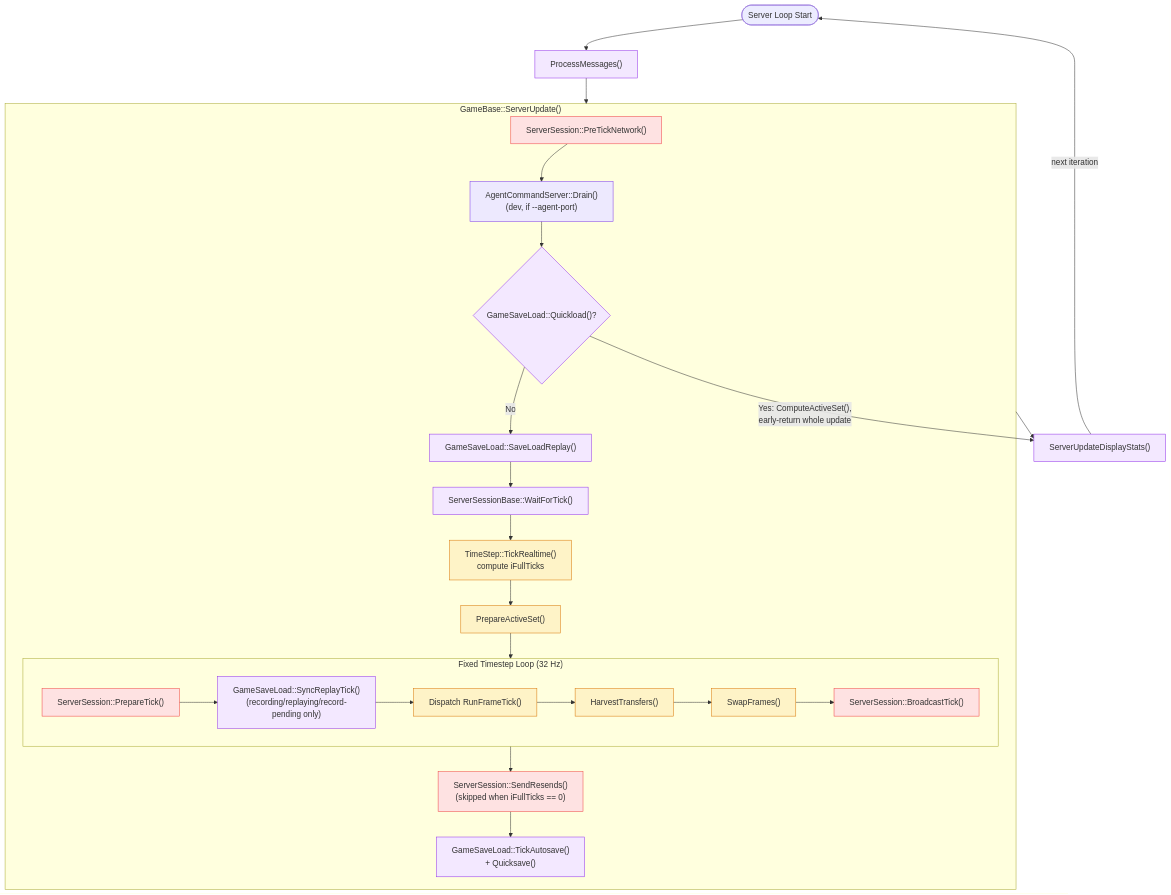
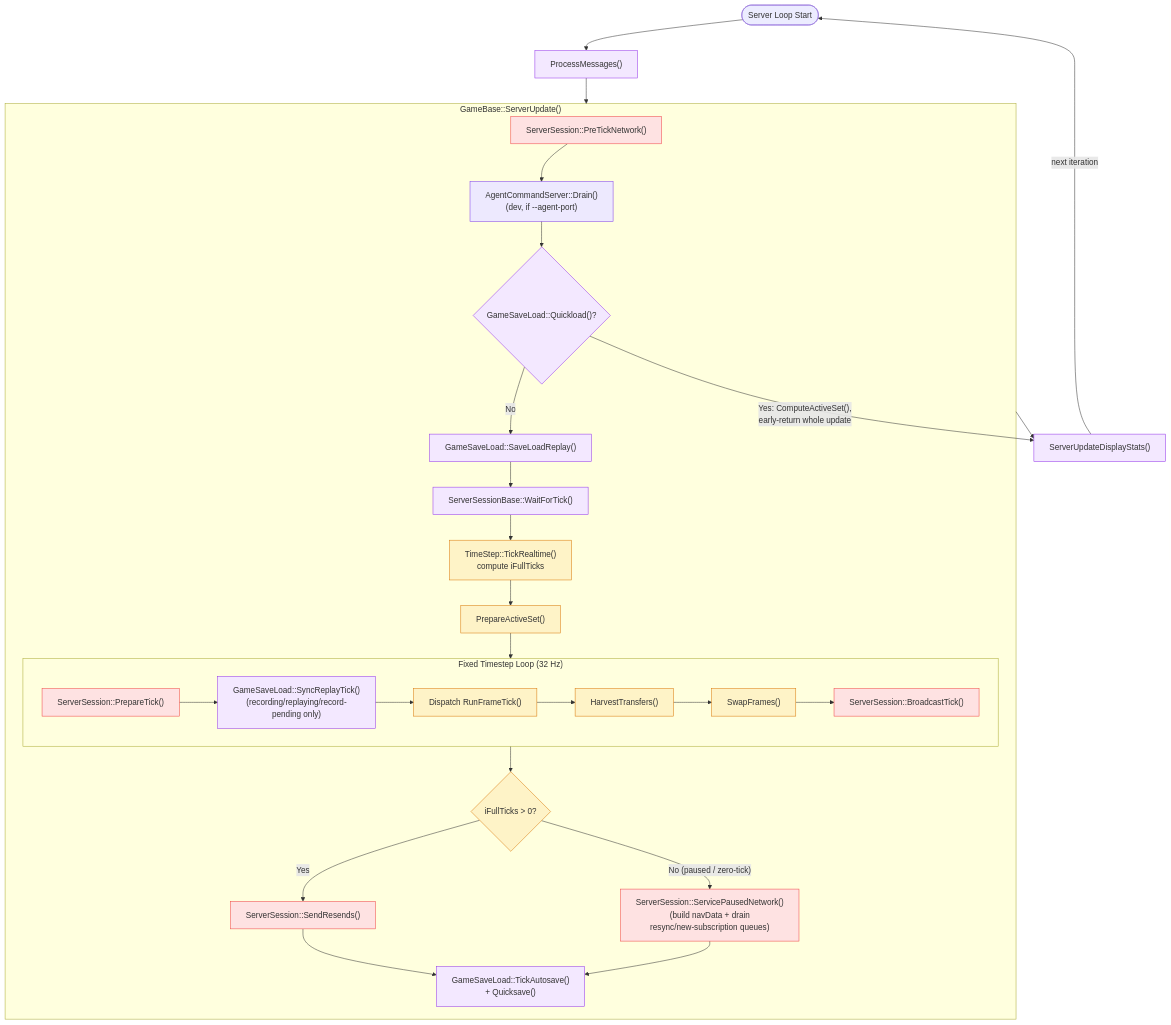
The third of 5 diagrams in Documents/Architecture/FrameUpdatePipeline.md (DougTanner/BrokenEnginePublic), drawn with Mermaid before and after one commit. The commit also changed 66 other files, not shown here.

````diff
--- a/Documents/Architecture/FrameUpdatePipeline.md
+++ b/Documents/Architecture/FrameUpdatePipeline.md
@@ -105,49 +105,53 @@
 ```mermaid
 %%{init: {'theme': 'default'}}%%
 flowchart TD
     classDef physics fill:#fef3c7,stroke:#d97706
     classDef network fill:#fee2e2,stroke:#ef4444
     classDef server fill:#f3e8ff,stroke:#9333ea
     classDef agent fill:#ede9fe,stroke:#7c3aed
 
     start(["Server Loop Start"])
 
     msgs["ProcessMessages()"]:::server
 
     subgraph tick_frames ["GameBase::ServerUpdate()"]
         pre_tick["ServerSession::PreTickNetwork()"]:::network
         agent_drain["AgentCommandServer::Drain()<br/>(dev, if --agent-port)"]:::agent
 
         quickload{"GameSaveLoad::Quickload()?"}:::server
         save_load_replay["GameSaveLoad::SaveLoadReplay()"]:::server
 
         wait_tick["ServerSessionBase::WaitForTick()"]:::server
 
         ts["TimeStep::TickRealtime()<br/>compute iFullTicks"]:::physics
         prepare_active["PrepareActiveSet()"]:::physics
 
         subgraph physics_loop ["Fixed Timestep Loop (32 Hz)"]
             prepare_tick["ServerSession::PrepareTick()"]:::network
             sync_replay["GameSaveLoad::SyncReplayTick()<br/>(recording/replaying/record-pending only)"]:::server
             dispatch_s["Dispatch RunFrameTick()"]:::physics
             harvest["HarvestTransfers()"]:::physics
             frame_swap["SwapFrames()"]:::physics
             broadcast_tick["ServerSession::BroadcastTick()"]:::network
             prepare_tick --> sync_replay --> dispatch_s --> harvest --> frame_swap
             frame_swap --> broadcast_tick
         end
 
-        resends["ServerSession::SendResends()<br/>(skipped when iFullTicks == 0)"]:::network
+        tick_branch{"iFullTicks > 0?"}:::physics
+        resends["ServerSession::SendResends()"]:::network
+        service_paused["ServerSession::ServicePausedNetwork()<br/>(build navData + drain<br/>resync/new-subscription queues)"]:::network
         autosave["GameSaveLoad::TickAutosave()<br/>+ Quicksave()"]:::server
 
         pre_tick --> agent_drain --> quickload
         quickload -->|No| save_load_replay --> wait_tick --> ts --> prepare_active --> physics_loop
-        physics_loop --> resends --> autosave
+        physics_loop --> tick_branch
+        tick_branch -->|Yes| resends --> autosave
+        tick_branch -->|"No (paused / zero-tick)"| service_paused --> autosave
     end
 
     display["ServerUpdateDisplayStats()"]:::server
 
     start --> msgs --> tick_frames --> display
     quickload -->|"Yes: ComputeActiveSet(),<br/>early-return whole update"| display
     display -->|next iteration| start
 ```
````
